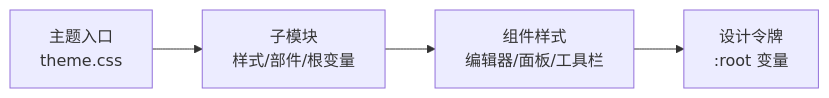
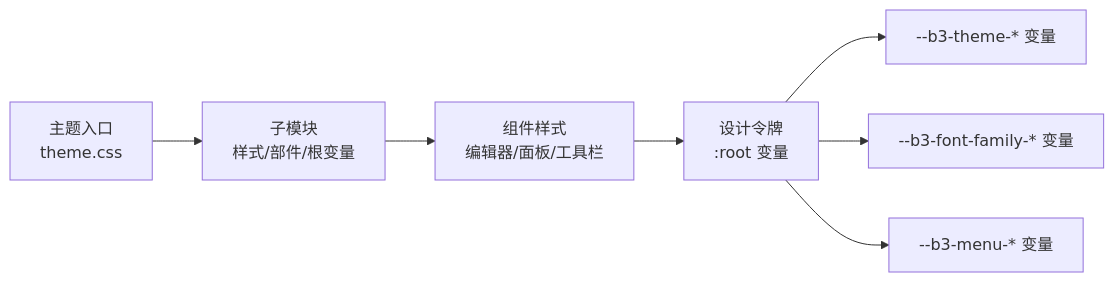
The eighth of 8 diagrams in .qoder/repowiki/zh/content/核心功能/主题系统/自定义主题开发/主题定制实例.md (terwer/siyuan-plugin-blog), drawn with Mermaid before and after one commit. The commit also changed other lines of this file and 6 other files, not shown here.

````diff
--- a/.qoder/repowiki/zh/content/核心功能/主题系统/自定义主题开发/主题定制实例.md
+++ b/.qoder/repowiki/zh/content/核心功能/主题系统/自定义主题开发/主题定制实例.md
@@ -279,6 +459,9 @@
 ```mermaid
 graph LR
 ThemeEntry["主题入口<br/>theme.css"] --> SubModule["子模块<br/>样式/部件/根变量"]
 SubModule --> Components["组件样式<br/>编辑器/面板/工具栏"]
 Components --> Tokens["设计令牌<br/>:root 变量"]
+Tokens --> B3Theme["--b3-theme-* 变量"]
+Tokens --> B3Font["--b3-font-family-* 变量"]
+Tokens --> B3Menu["--b3-menu-* 变量"]
 ```
````
